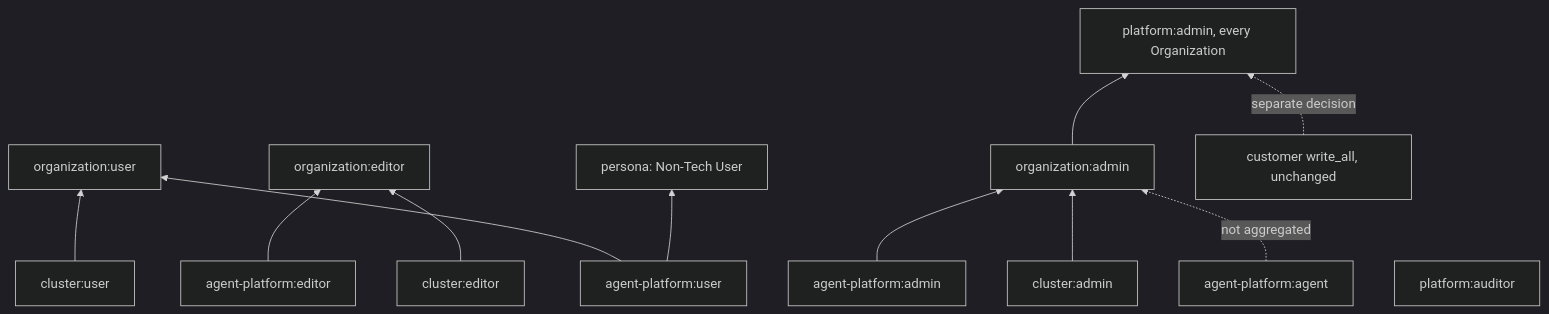
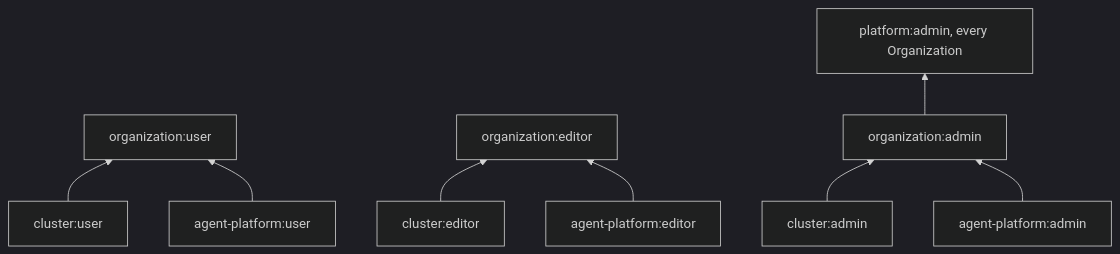
The third of 5 diagrams in organization-roles/README.md (giantswarm/rfc), drawn with Mermaid (dark theme) before and after one commit. The commit also changed other lines of this file, not shown here.

First line of the commit message:
Restructure organization-roles RFC for readability and a two-step rollout

````diff
--- a/organization-roles/README.md
+++ b/organization-roles/README.md
@@ -171,14 +107,10 @@
 ```mermaid
 flowchart BT
-  APU[agent-platform:user] --> OU[organization:user]
-  CU[cluster:user] --> OU
-  APE[agent-platform:editor] --> OE[organization:editor]
-  CE[cluster:editor] --> OE
-  APA[agent-platform:admin] --> OA[organization:admin]
-  CA[cluster:admin] --> OA
+  CU[cluster:user] --> OU[organization:user]
+  AU[agent-platform:user] --> OU
+  CE[cluster:editor] --> OE[organization:editor]
+  AE[agent-platform:editor] --> OE
+  CA[cluster:admin] --> OA[organization:admin]
+  AA[agent-platform:admin] --> OA
   OA --> PA[platform:admin, every Organization]
-  APU --> NT[persona: Non-Tech User]
-  AG[agent-platform:agent] -.->|not aggregated| OA
-  PAU[platform:auditor]
-  WA[customer write_all, unchanged] -.->|separate decision| PA
 ```
````
